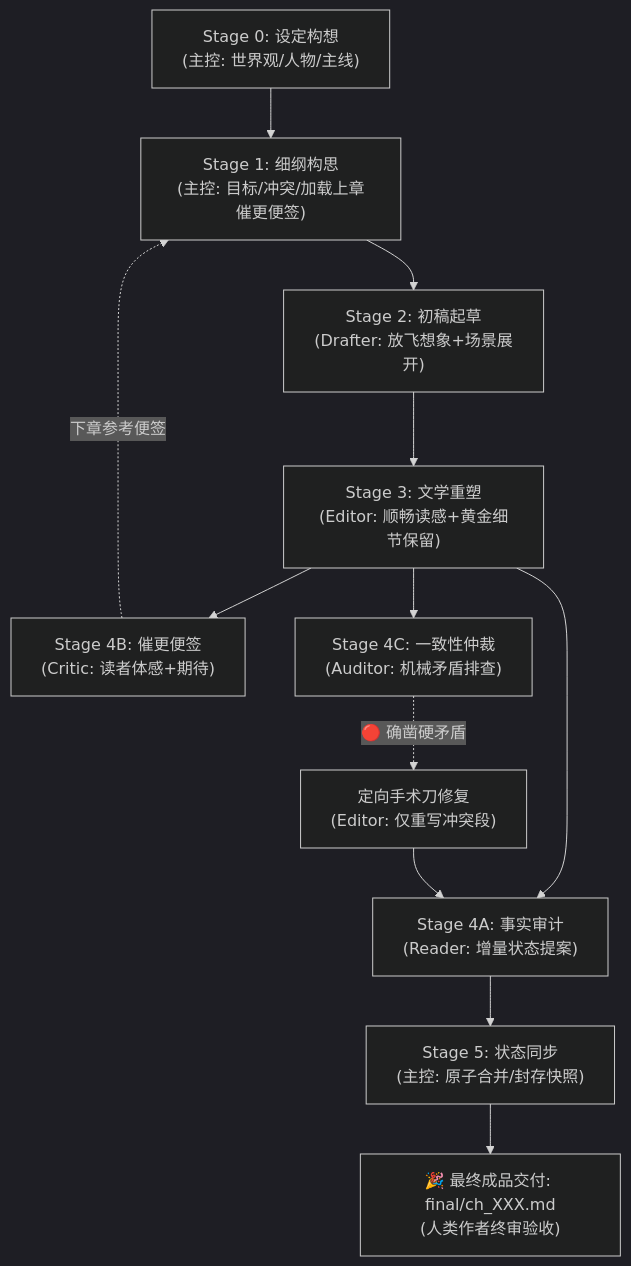
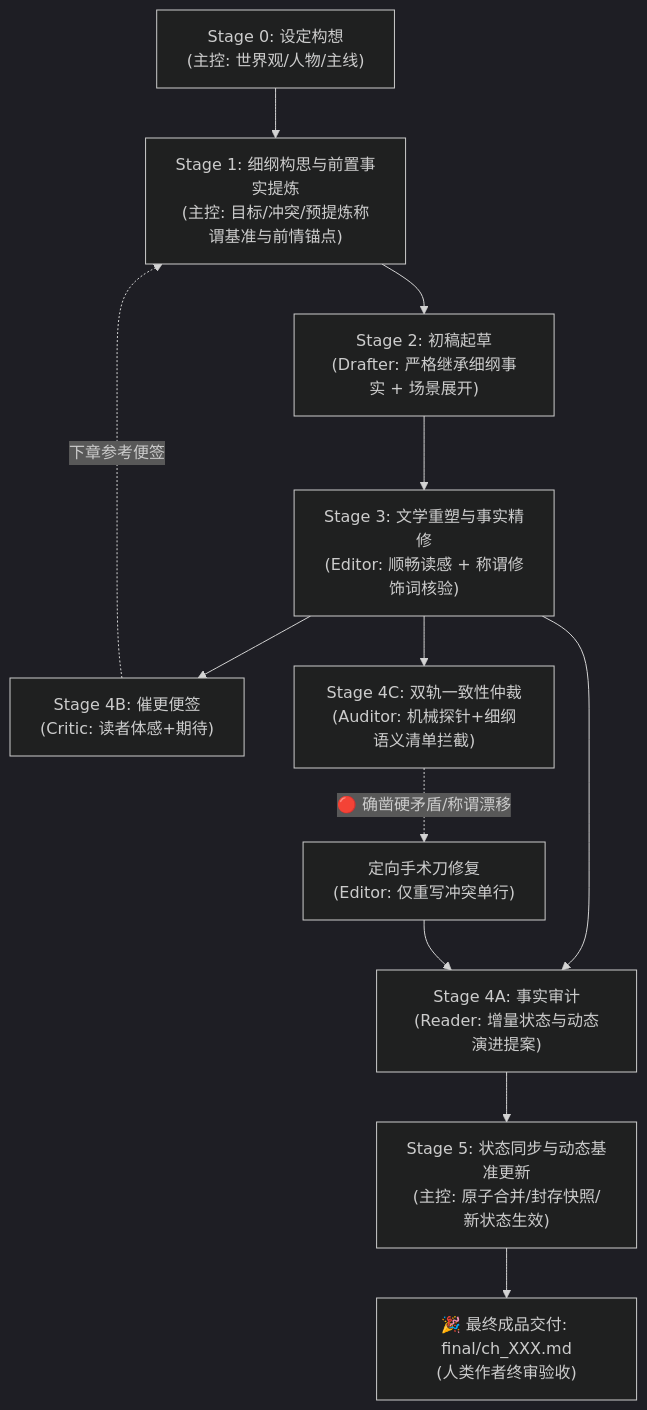
One commit to cg110902/NOVEL changed the diagram in AGENTS.md. Above: the diagram before and after it, drawn with Mermaid (dark theme). The commit also changed other lines of this file and 8 other files, not shown here.

````diff
--- a/AGENTS.md
+++ b/AGENTS.md
@@ -36,14 +36,14 @@
 ```mermaid
 graph TD
-    S0["Stage 0: 设定构想<br/>(主控: 世界观/人物/主线)"] --> S1["Stage 1: 细纲构思<br/>(主控: 目标/冲突/加载上章催更便签)"]
-    S1 --> S2["Stage 2: 初稿起草<br/>(Drafter: 放飞想象+场景展开)"]
-    S2 --> S3["Stage 3: 文学重塑<br/>(Editor: 顺畅读感+黄金细节保留)"]
-    S3 --> S4A["Stage 4A: 事实审计<br/>(Reader: 增量状态提案)"]
+    S0["Stage 0: 设定构想<br/>(主控: 世界观/人物/主线)"] --> S1["Stage 1: 细纲构思与前置事实提炼<br/>(主控: 目标/冲突/预提炼称谓基准与前情锚点)"]
+    S1 --> S2["Stage 2: 初稿起草<br/>(Drafter: 严格继承细纲事实 + 场景展开)"]
+    S2 --> S3["Stage 3: 文学重塑与事实精修<br/>(Editor: 顺畅读感 + 称谓修饰词核验)"]
+    S3 --> S4A["Stage 4A: 事实审计<br/>(Reader: 增量状态与动态演进提案)"]
     S3 --> S4B["Stage 4B: 催更便签<br/>(Critic: 读者体感+期待)"]
-    S3 --> S4C["Stage 4C: 一致性仲裁<br/>(Auditor: 机械矛盾排查)"]
-    S4C -. "🔴 确凿硬矛盾" .-> S3Patch["定向手术刀修复<br/>(Editor: 仅重写冲突段)"]
+    S3 --> S4C["Stage 4C: 双轨一致性仲裁<br/>(Auditor: 机械探针+细纲语义清单拦截)"]
+    S4C -. "🔴 确凿硬矛盾/称谓漂移" .-> S3Patch["定向手术刀修复<br/>(Editor: 仅重写冲突单行)"]
     S3Patch --> S4A
-    S4A --> S5["Stage 5: 状态同步<br/>(主控: 原子合并/封存快照)"]
+    S4A --> S5["Stage 5: 状态同步与动态基准更新<br/>(主控: 原子合并/封存快照/新状态生效)"]
     S4B -. "下章参考便签" .-> S1
     S5 --> S6["🎉 最终成品交付: final/ch_XXX.md<br/>(人类作者终审验收)"]
 ```
````
